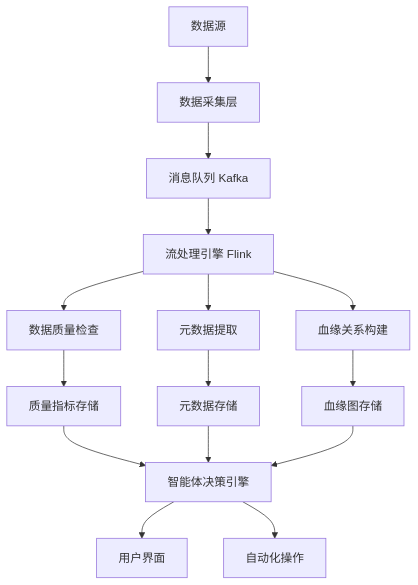
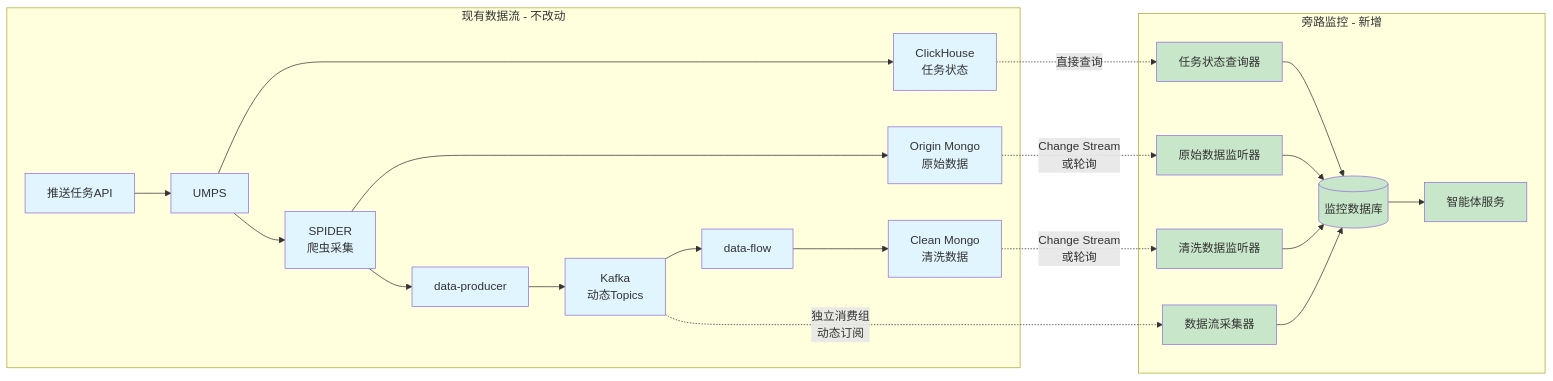
One commit to rookieyao/data-governance changed the second of 2 diagrams in .kiro/specs/data-governance-agent/design.md. Above: the diagram before and after it, drawn with Mermaid. The commit also changed other lines of this file and 1 other file, not shown here.

````diff
--- a/.kiro/specs/data-governance-agent/design.md
+++ b/.kiro/specs/data-governance-agent/design.md
@@ -108,17 +677,44 @@
 ```mermaid
-graph TD
-    A[数据源] --> B[数据采集层]
-    B --> C[消息队列 Kafka]
-    C --> D[流处理引擎 Flink]
-    D --> E[数据质量检查]
-    D --> F[元数据提取]
-    D --> G[血缘关系构建]
-    E --> H[质量指标存储]
-    F --> I[元数据存储]
-    G --> J[血缘图存储]
-    H --> K[智能体决策引擎]
-    I --> K
-    J --> K
-    K --> L[用户界面]
-    K --> M[自动化操作]
+graph LR
+    subgraph "现有数据流 - 不改动"
+        A[推送任务API] --> B[UMPS]
+        B --> C[ClickHouse<br/>任务状态]
+        B --> D[SPIDER<br/>爬虫采集]
+        D --> E[Origin Mongo<br/>原始数据]
+        D --> F[data-producer]
+        F --> G[Kafka<br/>动态Topics]
+        G --> H[data-flow]
+        H --> I[Clean Mongo<br/>清洗数据]
+    end
+    
+    subgraph "旁路监控 - 新增"
+        C -.->|直接查询| J[任务状态查询器]
+        G -.->|独立消费组<br/>动态订阅| K[数据流采集器]
+        E -.->|Change Stream<br/>或轮询| L[原始数据监听器]
+        I -.->|Change Stream<br/>或轮询| M[清洗数据监听器]
+        
+        J --> N[(监控数据库)]
+        K --> N
+        L --> N
+        M --> N
+        
+        N --> O[智能体服务]
+    end
+    
+    style A fill:#e1f5fe
+    style B fill:#e1f5fe
+    style C fill:#e1f5fe
+    style D fill:#e1f5fe
+    style E fill:#e1f5fe
+    style F fill:#e1f5fe
+    style G fill:#e1f5fe
+    style H fill:#e1f5fe
+    style I fill:#e1f5fe
+    
+    style J fill:#c8e6c9
+    style K fill:#c8e6c9
+    style L fill:#c8e6c9
+    style M fill:#c8e6c9
+    style N fill:#c8e6c9
+    style O fill:#c8e6c9
 ```
````
